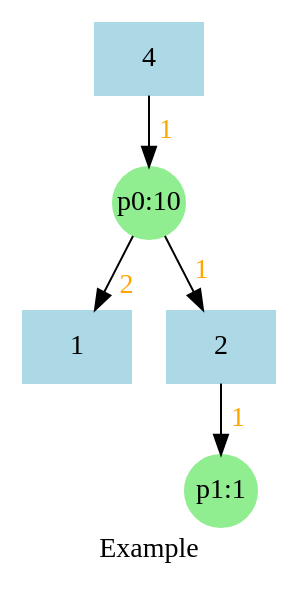
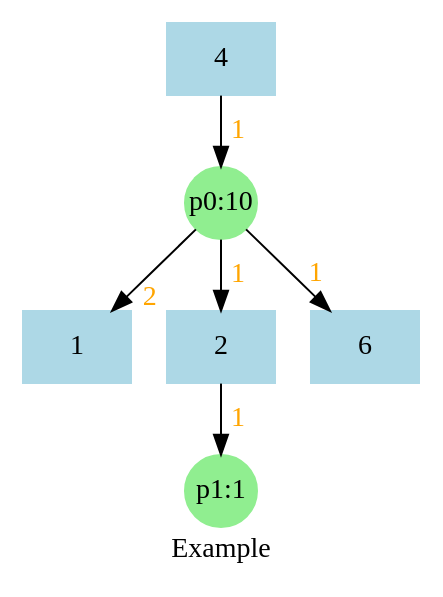
Before and after one commit to Alwayslate92/master-thesis: the diagram in code/practice/graphviz/simple.gv, drawn with Graphviz. The commit also changed 3 other files, not shown here.

```diff
--- a/code/practice/graphviz/simple.gv
+++ b/code/practice/graphviz/simple.gv
@@ -1,24 +1,24 @@
 digraph G{
     label="Example"
 
     node [shape = "box"
           color = "lightblue"
           style = "filled",
           fixedsize=True]
     
     0 [shape=circle,label="p0:10",color=lightgreen,style=filled,fixedsize=True]
 
     1 
 
     2 
     
     3 [shape=circle,label="p1:1",color=lightgreen,style=filled,fixedsize=True]
 
     4
 
-
     0 -> 1 [headlabel="2",labelfontcolor=orange,labeldistance=2]
     2 -> 3 [headlabel="1",labelfontcolor=orange,labeldistance=2]
     4-> 0 [headlabel="1",labelfontcolor=orange,labeldistance=2]
     0-> 2 [headlabel="1",labelfontcolor=orange,labeldistance=2]
+    0-> 6 [headlabel="1",labelfontcolor=orange,labeldistance=2]
 }
```
